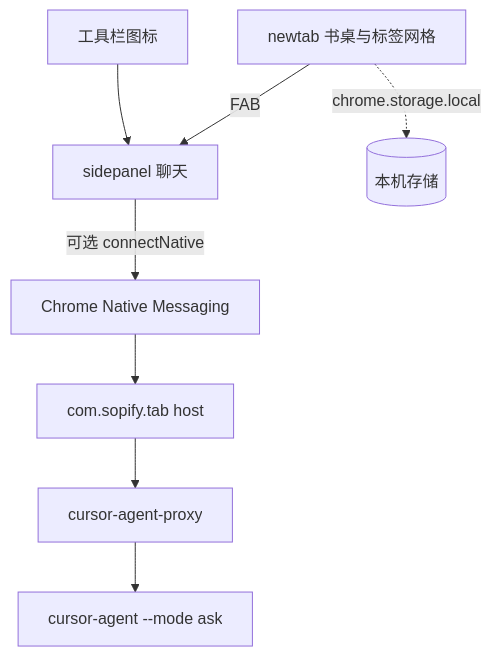
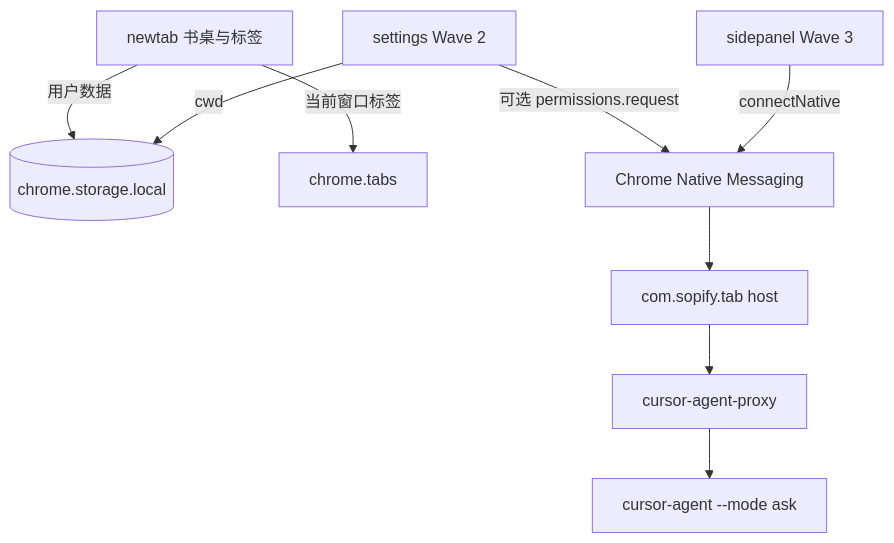
The diagram in .sopify/plan/20260903_sopify_tab/design.md (Li-Sanze/sopify-tab), drawn with Mermaid before and after one commit. The commit also changed other lines of this file and 30 other files, not shown here.

````diff
--- a/.sopify/plan/20260903_sopify_tab/design.md
+++ b/.sopify/plan/20260903_sopify_tab/design.md
@@ -15,10 +17,12 @@
 ```mermaid
 flowchart TD
-  NTP[newtab 书桌与标签网格] -->|FAB| SP[sidepanel 聊天]
-  TB[工具栏图标] --> SP
-  SP -->|可选 connectNative| NM[Chrome Native Messaging]
+  NTP[newtab 书桌与标签]
+  NTP -->|用户数据| ST[(chrome.storage.local)]
+  NTP -->|当前窗口标签| TABS[chrome.tabs]
+  SET[settings Wave 2] -->|cwd| ST
+  SET -->|可选 permissions.request| NM[Chrome Native Messaging]
+  SP[sidepanel Wave 3] -->|connectNative| NM
   NM --> HOST[com.sopify.tab host]
   HOST --> PROXY[cursor-agent-proxy]
   PROXY --> CLI[cursor-agent --mode ask]
-  NTP -.->|chrome.storage.local| ST[(本机存储)]
 ```
````
